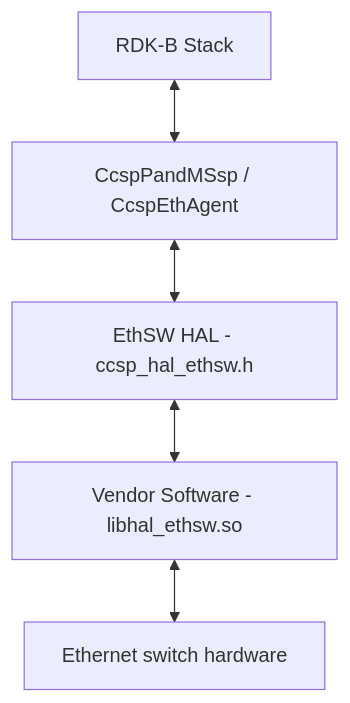
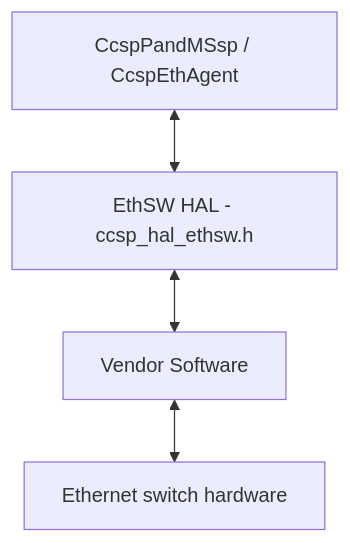
Before and after one commit to Blitzy-Sky/rdkb-halif-ethsw: the first of 2 diagrams in docs/pages/halSpec.md, drawn with Mermaid.

Commit message:
docs: normalise the EthSW HAL architecture flowchart in its specification
The Description flowchart now uses the common top-down form shared
by every C HAL page: CcspPandMSsp / CcspEthAgent, then EthSW HAL -
ccsp_hal_ethsw.h, then Vendor Software, joined by double-headed edges.
The extra RDK-B Stack layer is removed.

````diff
--- a/docs/pages/halSpec.md
+++ b/docs/pages/halSpec.md
@@ -36,7 +36,6 @@
 ```mermaid
 flowchart TD
-    Stack[RDK-B Stack] <--> Caller["CcspPandMSsp / CcspEthAgent"]
-    Caller <--> HAL["EthSW HAL - ccsp_hal_ethsw.h"]
-    HAL <--> Vendor["Vendor Software - libhal_ethsw.so"]
-    Vendor <--> Switch[Ethernet switch hardware]
+    Caller["CcspPandMSsp / CcspEthAgent"] <--> HAL["EthSW HAL - ccsp_hal_ethsw.h"]
+    HAL <--> Vendor["Vendor Software"]
+    Vendor <--> Hardware["Ethernet switch hardware"]
 ```
````
